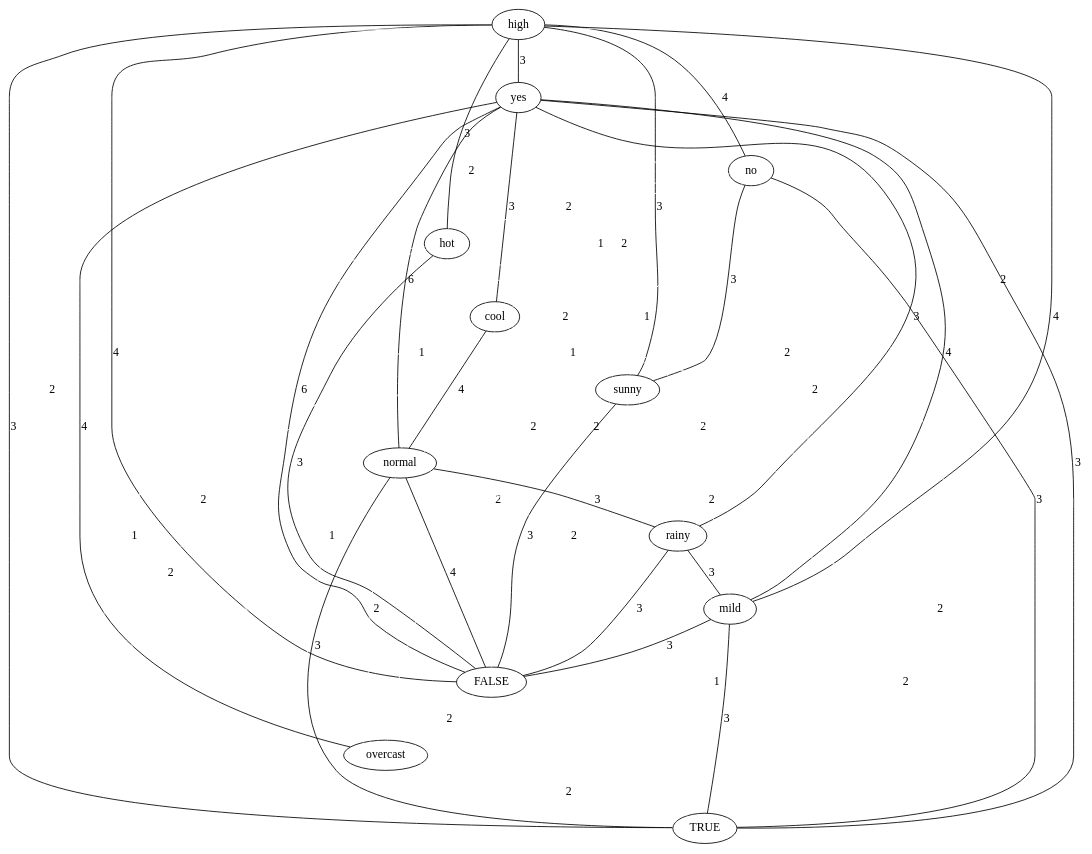
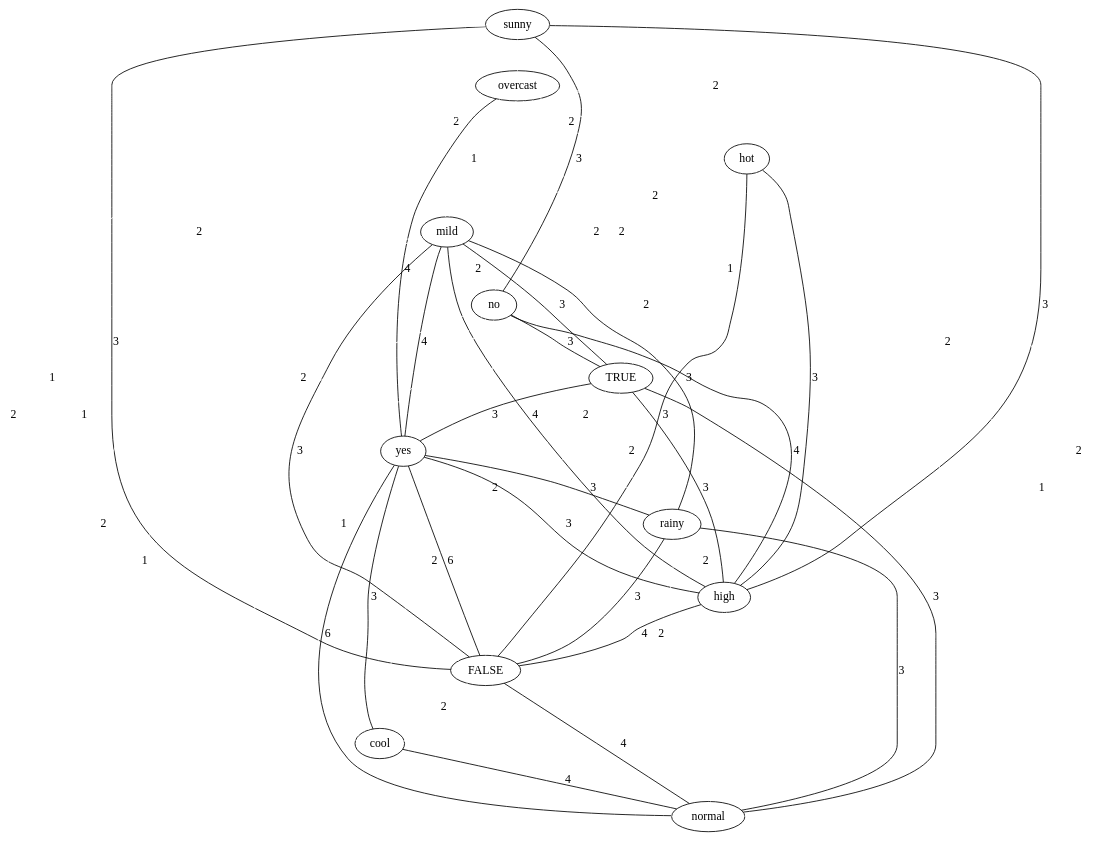
One commit to lrodrin/TFG changed the diagram in src/final/plainGraphWithThreshold.dot. Above: the diagram before and after it, drawn with Graphviz. The commit also changed 10 other files, not shown here.

Commit message:
nova funció que engloba les dues funcions graphOptions i 2structureOptions. Amb dues crides a Graphviz, una pel graf i l'altre per a la 2-structura + proves

```diff
--- a/src/final/plainGraphWithThreshold.dot
+++ b/src/final/plainGraphWithThreshold.dot
@@ -1,80 +1,80 @@
 strict graph "" {
+sunny;
+overcast;
+hot;
+mild;
+no;
+TRUE;
+yes;
+rainy;
 high;
-yes;
-no;
-hot;
+FALSE;
 cool;
-sunny;
 normal;
-rainy;
-mild;
-FALSE;
-overcast;
-TRUE;
-high -- no  [color=black, label=4];
-high -- hot  [color=black, label=3];
-high -- rainy  [color=white, label=2];
+sunny -- no  [color=black, label=3];
+sunny -- TRUE  [color=white, label=2];
+sunny -- FALSE  [color=black, label=3];
+sunny -- yes  [color=white, label=2];
+sunny -- rainy  [color=white];
+sunny -- high  [color=black, label=3];
+sunny -- overcast  [color=white];
+sunny -- normal  [color=white, label=2];
+sunny -- hot  [color=white, label=2];
+sunny -- cool  [color=white, label=1];
+sunny -- mild  [color=white, label=2];
+overcast -- no  [color=white];
+overcast -- TRUE  [color=white, label=2];
+overcast -- yes  [color=black, label=4];
+overcast -- rainy  [color=white];
+overcast -- high  [color=white, label=2];
+overcast -- FALSE  [color=white, label=2];
+overcast -- normal  [color=white, label=2];
+overcast -- hot  [color=white, label=2];
+overcast -- cool  [color=white, label=1];
+overcast -- mild  [color=white, label=1];
+hot -- no  [color=white, label=2];
+hot -- TRUE  [color=white, label=1];
+hot -- FALSE  [color=black, label=3];
+hot -- yes  [color=white, label=2];
+hot -- rainy  [color=white];
+hot -- high  [color=black, label=3];
+hot -- normal  [color=white, label=1];
+hot -- cool  [color=white];
+hot -- mild  [color=white];
+mild -- no  [color=white, label=2];
+mild -- TRUE  [color=black, label=3];
+mild -- FALSE  [color=black, label=3];
+mild -- yes  [color=black, label=4];
+mild -- rainy  [color=black, label=3];
+mild -- high  [color=black, label=4];
+mild -- cool  [color=white];
+mild -- normal  [color=white, label=2];
+no -- TRUE  [color=black, label=3];
+no -- FALSE  [color=white, label=2];
+no -- yes  [color=white];
+no -- rainy  [color=white, label=2];
+no -- high  [color=black, label=4];
+no -- normal  [color=white, label=1];
+no -- cool  [color=white, label=1];
+TRUE -- FALSE  [color=white];
+TRUE -- yes  [color=black, label=3];
+TRUE -- rainy  [color=white, label=2];
+TRUE -- high  [color=black, label=3];
+TRUE -- normal  [color=black, label=3];
+TRUE -- cool  [color=white, label=2];
+yes -- FALSE  [color=black, label=6];
+yes -- rainy  [color=black, label=3];
+yes -- high  [color=black, label=3];
+yes -- normal  [color=black, label=6];
+yes -- cool  [color=black, label=3];
+rainy -- FALSE  [color=black, label=3];
+rainy -- high  [color=white, label=2];
+rainy -- normal  [color=black, label=3];
+rainy -- cool  [color=white, label=2];
+high -- FALSE  [color=black, label=4];
+high -- normal  [color=white];
 high -- cool  [color=white];
-high -- sunny  [color=black, label=3];
-high -- normal  [color=white];
-high -- yes  [color=black, label=3];
-high -- mild  [color=black, label=4];
-high -- FALSE  [color=black, label=4];
-high -- overcast  [color=white, label=2];
-high -- TRUE  [color=black, label=3];
-yes -- no  [color=white];
-yes -- cool  [color=black, label=3];
-yes -- sunny  [color=white, label=2];
-yes -- hot  [color=white, label=2];
-yes -- normal  [color=black, label=6];
-yes -- rainy  [color=black, label=3];
-yes -- mild  [color=black, label=4];
-yes -- FALSE  [color=black, label=6];
-yes -- overcast  [color=black, label=4];
-yes -- TRUE  [color=black, label=3];
-no -- rainy  [color=white, label=2];
-no -- cool  [color=white, label=1];
-no -- sunny  [color=black, label=3];
-no -- hot  [color=white, label=2];
-no -- normal  [color=white, label=1];
-no -- mild  [color=white, label=2];
-no -- FALSE  [color=white, label=2];
-no -- overcast  [color=white];
-no -- TRUE  [color=black, label=3];
-hot -- rainy  [color=white];
-hot -- cool  [color=white];
-hot -- sunny  [color=white, label=2];
-hot -- normal  [color=white, label=1];
-hot -- mild  [color=white];
-hot -- FALSE  [color=black, label=3];
-hot -- overcast  [color=white, label=2];
-hot -- TRUE  [color=white, label=1];
-cool -- rainy  [color=white, label=2];
-cool -- sunny  [color=white, label=1];
+FALSE -- normal  [color=black, label=4];
+FALSE -- cool  [color=white, label=2];
 cool -- normal  [color=black, label=4];
-cool -- mild  [color=white];
-cool -- FALSE  [color=white, label=2];
-cool -- overcast  [color=white, label=1];
-cool -- TRUE  [color=white, label=2];
-sunny -- rainy  [color=white];
-sunny -- normal  [color=white, label=2];
-sunny -- mild  [color=white, label=2];
-sunny -- FALSE  [color=black, label=3];
-sunny -- overcast  [color=white];
-sunny -- TRUE  [color=white, label=2];
-normal -- rainy  [color=black, label=3];
-normal -- mild  [color=white, label=2];
-normal -- FALSE  [color=black, label=4];
-normal -- overcast  [color=white, label=2];
-normal -- TRUE  [color=black, label=3];
-rainy -- mild  [color=black, label=3];
-rainy -- FALSE  [color=black, label=3];
-rainy -- overcast  [color=white];
-rainy -- TRUE  [color=white, label=2];
-mild -- FALSE  [color=black, label=3];
-mild -- overcast  [color=white, label=1];
-mild -- TRUE  [color=black, label=3];
-FALSE -- overcast  [color=white, label=2];
-FALSE -- TRUE  [color=white];
-overcast -- TRUE  [color=white, label=2];
 }
```
